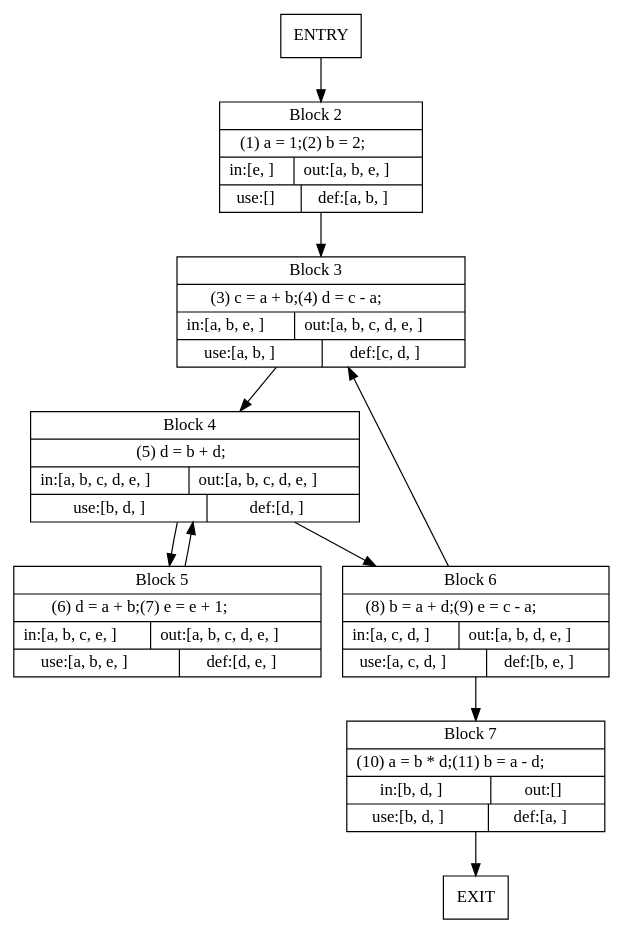
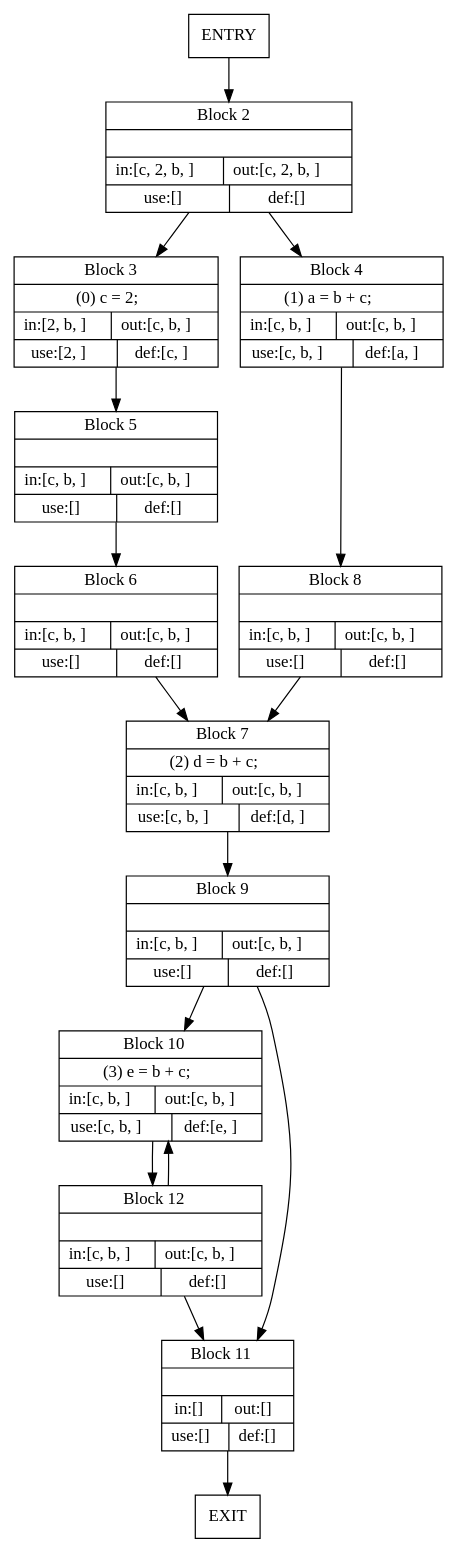
One commit to 0Marble/dataflow_in_zig changed the diagram in lv.dot. Above: the diagram before and after it, drawn with Graphviz. The commit also changed 14 other files, not shown here.

```diff
--- a/lv.dot
+++ b/lv.dot
@@ -1,20 +1,31 @@
 digraph {
 node [shape=record];
 0 [label="ENTRY"];
 1 [label="EXIT"];
-2 [label=<{Block 2|(1) a = 1;(2) b = 2;|{in:[e, ]|out:[a, b, e, ]}|{use:[]|def:[a, b, ]}}>];
-3 [label=<{Block 3|(3) c = a + b;(4) d = c - a;|{in:[a, b, e, ]|out:[a, b, c, d, e, ]}|{use:[a, b, ]|def:[c, d, ]}}>];
-4 [label=<{Block 4|(5) d = b + d;|{in:[a, b, c, d, e, ]|out:[a, b, c, d, e, ]}|{use:[b, d, ]|def:[d, ]}}>];
-5 [label=<{Block 5|(6) d = a + b;(7) e = e + 1;|{in:[a, b, c, e, ]|out:[a, b, c, d, e, ]}|{use:[a, b, e, ]|def:[d, e, ]}}>];
-6 [label=<{Block 6|(8) b = a + d;(9) e = c - a;|{in:[a, c, d, ]|out:[a, b, d, e, ]}|{use:[a, c, d, ]|def:[b, e, ]}}>];
-7 [label=<{Block 7|(10) a = b * d;(11) b = a - d;|{in:[b, d, ]|out:[]}|{use:[b, d, ]|def:[a, ]}}>];
+2 [label=<{Block 2||{in:[c, 2, b, ]|out:[c, 2, b, ]}|{use:[]|def:[]}}>];
+3 [label=<{Block 3|(0) c = 2;|{in:[2, b, ]|out:[c, b, ]}|{use:[2, ]|def:[c, ]}}>];
+4 [label=<{Block 4|(1) a = b + c;|{in:[c, b, ]|out:[c, b, ]}|{use:[c, b, ]|def:[a, ]}}>];
+5 [label=<{Block 5||{in:[c, b, ]|out:[c, b, ]}|{use:[]|def:[]}}>];
+6 [label=<{Block 6||{in:[c, b, ]|out:[c, b, ]}|{use:[]|def:[]}}>];
+7 [label=<{Block 7|(2) d = b + c;|{in:[c, b, ]|out:[c, b, ]}|{use:[c, b, ]|def:[d, ]}}>];
+8 [label=<{Block 8||{in:[c, b, ]|out:[c, b, ]}|{use:[]|def:[]}}>];
+9 [label=<{Block 9||{in:[c, b, ]|out:[c, b, ]}|{use:[]|def:[]}}>];
+10 [label=<{Block 10|(3) e = b + c;|{in:[c, b, ]|out:[c, b, ]}|{use:[c, b, ]|def:[e, ]}}>];
+11 [label=<{Block 11||{in:[]|out:[]}|{use:[]|def:[]}}>];
+12 [label=<{Block 12||{in:[c, b, ]|out:[c, b, ]}|{use:[]|def:[]}}>];
 0 -> 2;
 2 -> 3;
-3 -> 4;
-4 -> 5;
-4 -> 6;
-5 -> 4;
-6 -> 3;
+2 -> 4;
+3 -> 5;
+4 -> 8;
+5 -> 6;
 6 -> 7;
-7 -> 1;
+7 -> 9;
+8 -> 7;
+9 -> 10;
+9 -> 11;
+10 -> 12;
+11 -> 1;
+12 -> 10;
+12 -> 11;
 }
```
